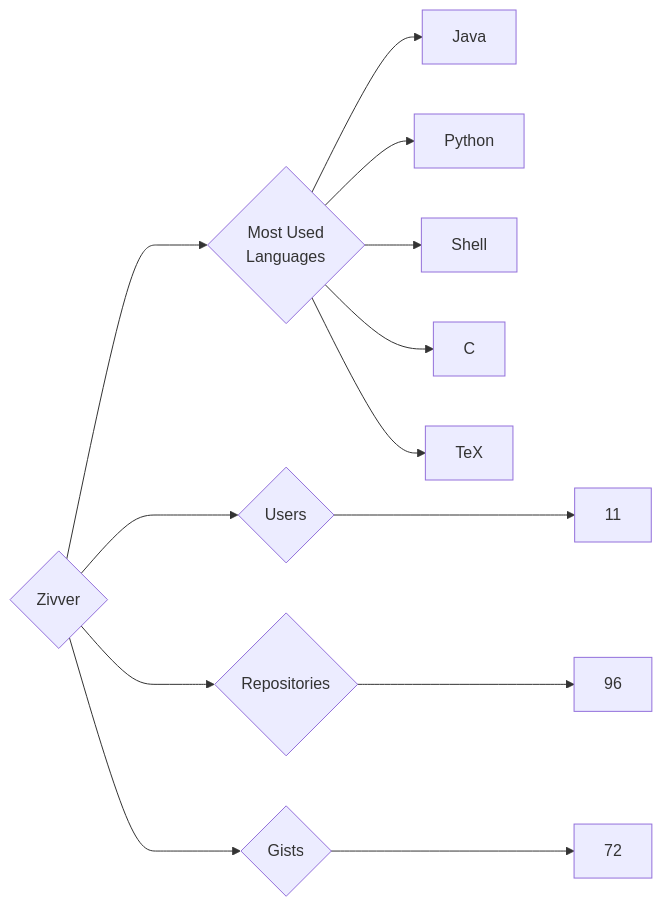
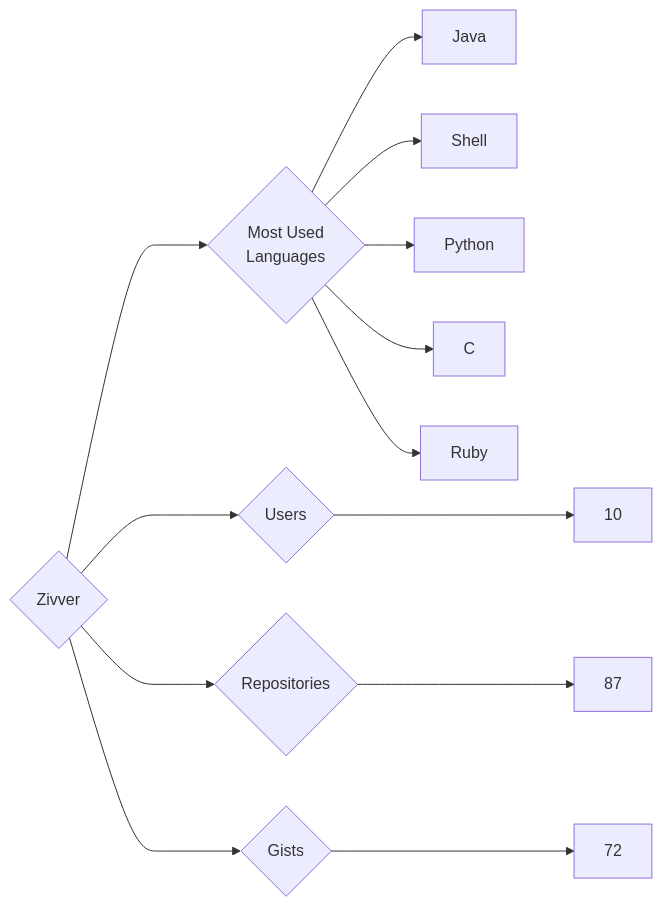
The diagram in targets/Zivver/README.md (trickest/insiders), drawn with Mermaid before and after one commit. The commit also changed 829 other files, not shown here.

````diff
--- a/targets/Zivver/README.md
+++ b/targets/Zivver/README.md
@@ -3,13 +3,13 @@
 ```mermaid
 graph LR
 COMPANY_NAME{Zivver}
-COMPANY_NAME ---> U{Users} ---> UN[11]
-COMPANY_NAME ---> R{Repositories} ---> RN[96]
+COMPANY_NAME ---> U{Users} ---> UN[10]
+COMPANY_NAME ---> R{Repositories} ---> RN[87]
 COMPANY_NAME ---> G{Gists} ---> GN[72]
 COMPANY_NAME ---> ML{Most Used<br>Languages}
 ML --> Java[Java]
+ML --> Shell[Shell]
 ML --> Python[Python]
-ML --> Shell[Shell]
 ML --> C[C]
-ML --> TeX[TeX]
+ML --> Ruby[Ruby]
 ```
````
